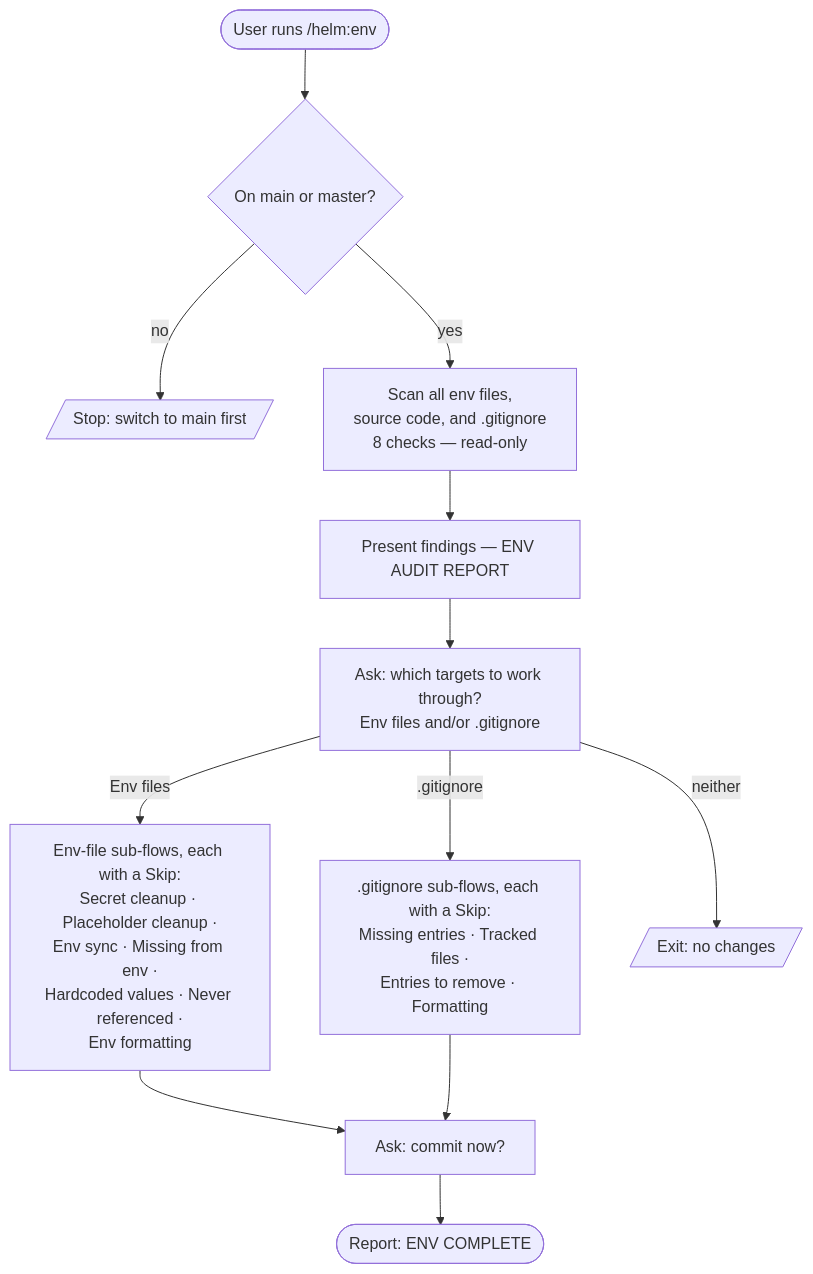
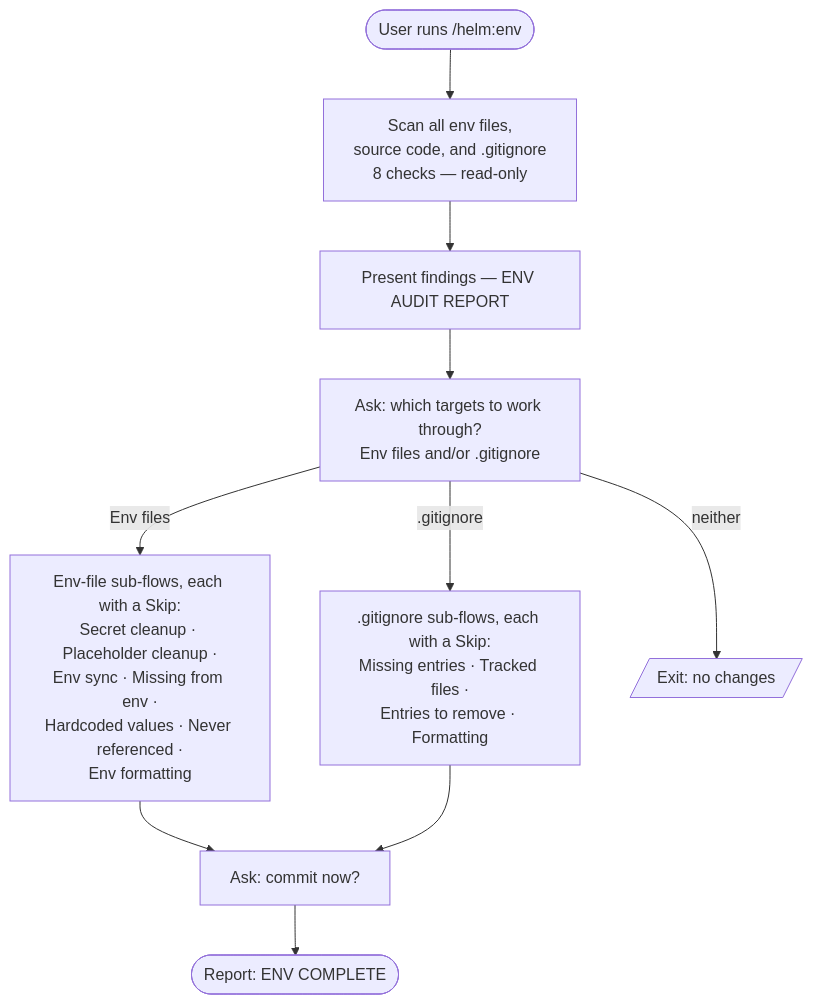
Before and after one commit to myowinthein/agent-helm: the diagram in docs/commands/env.md, drawn with Mermaid. The commit also changed other lines of this file and 1 other file, not shown here.

First line of the commit message:
refactor(env): drop the branch check, renumber steps 1-5

````diff
--- a/docs/commands/env.md
+++ b/docs/commands/env.md
@@ -13,17 +13,15 @@
 ```mermaid
 flowchart TD
-  Start([User runs /helm:env]) --> Branch{On main or master?}
-  Branch -->|no| Stop[/Stop: switch to main first/]
-  Branch -->|yes| Scan[Scan all env files,<br/>source code, and .gitignore<br/>8 checks — read-only]
+  Start([User runs /helm:env]) --> Scan[Scan all env files,<br/>source code, and .gitignore<br/>8 checks — read-only]
 
   Scan --> Report[Present findings — ENV AUDIT REPORT]
   Report --> Ask[Ask: which targets to work through?<br/>Env files and/or .gitignore]
 
   Ask -->|Env files| EnvFlows[Env-file sub-flows, each with a Skip:<br/>Secret cleanup · Placeholder cleanup ·<br/>Env sync · Missing from env ·<br/>Hardcoded values · Never referenced ·<br/>Env formatting]
   Ask -->|.gitignore| GitFlows[.gitignore sub-flows, each with a Skip:<br/>Missing entries · Tracked files ·<br/>Entries to remove · Formatting]
   Ask -->|neither| SkipExit[/Exit: no changes/]
 
   EnvFlows --> Commit[Ask: commit now?]
   GitFlows --> Commit
   Commit --> Done([Report: ENV COMPLETE])
 ```
````
